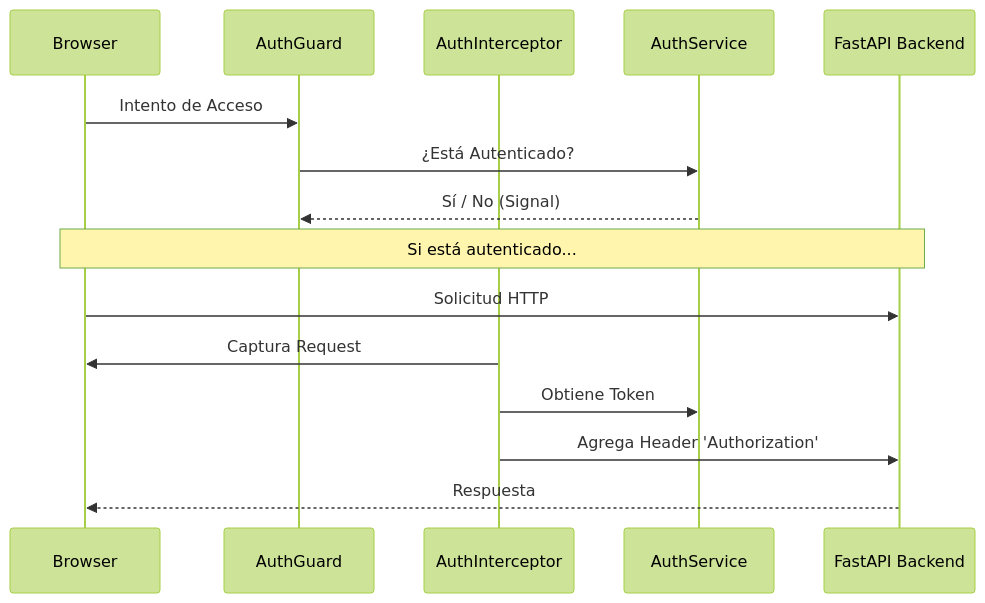
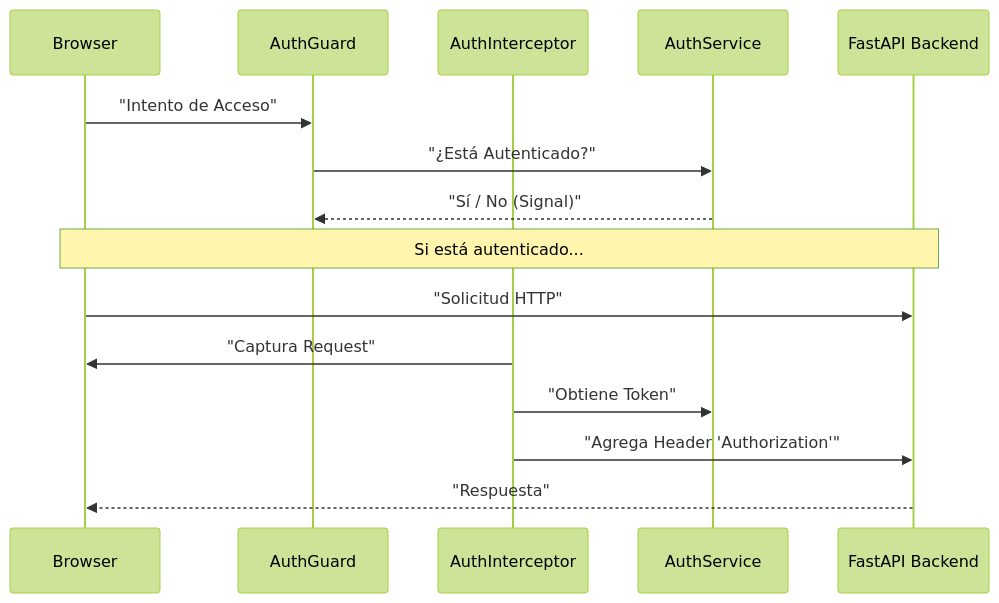
Before and after one commit to henrytaby/an-uyuni-frontend: the second of 3 diagrams in docs/ARCHITECTURE.md, drawn with Mermaid (forest theme). The commit also changed other lines of this file and 1 other file, not shown here.

Commit message:
Layout guide and update architecture

````diff
--- a/docs/ARCHITECTURE.md
+++ b/docs/ARCHITECTURE.md
@@ -60,20 +60,20 @@
 ```mermaid
 sequenceDiagram
     participant Browser
     participant Guard as AuthGuard
     participant Pipe as AuthInterceptor
     participant Service as AuthService
     participant API as FastAPI Backend
 
-    Browser->>Guard: Intento de Acceso
-    Guard->>Service: ¿Está Autenticado?
-    Service-->>Guard: Sí / No (Signal)
+    Browser->>Guard: "Intento de Acceso"
+    Guard->>Service: "¿Está Autenticado?"
+    Service-->>Guard: "Sí / No (Signal)"
     
     Note over Browser, API: Si está autenticado...
     
-    Browser->>API: Solicitud HTTP
-    Pipe->>Browser: Captura Request
-    Pipe->>Service: Obtiene Token
-    Pipe->>API: Agrega Header 'Authorization'
-    API-->>Browser: Respuesta
+    Browser->>API: "Solicitud HTTP"
+    Pipe->>Browser: "Captura Request"
+    Pipe->>Service: "Obtiene Token"
+    Pipe->>API: "Agrega Header 'Authorization'"
+    API-->>Browser: "Respuesta"
 ```
````
